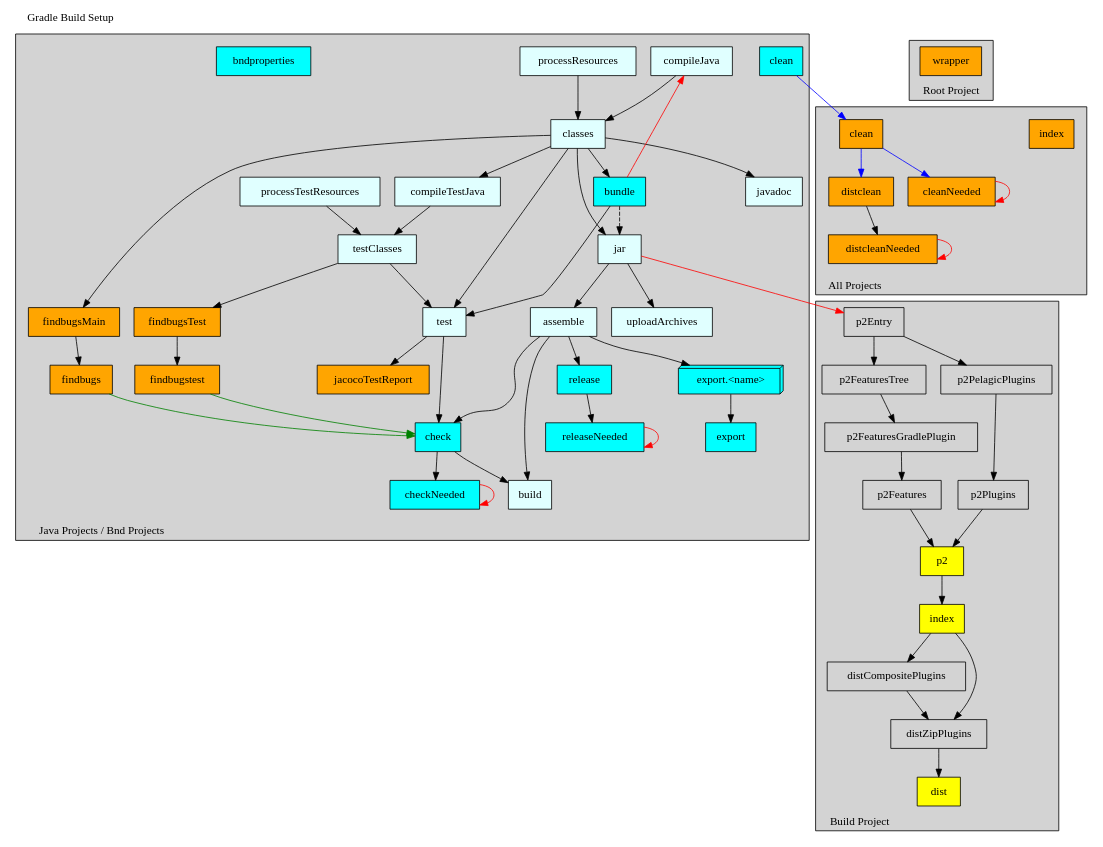
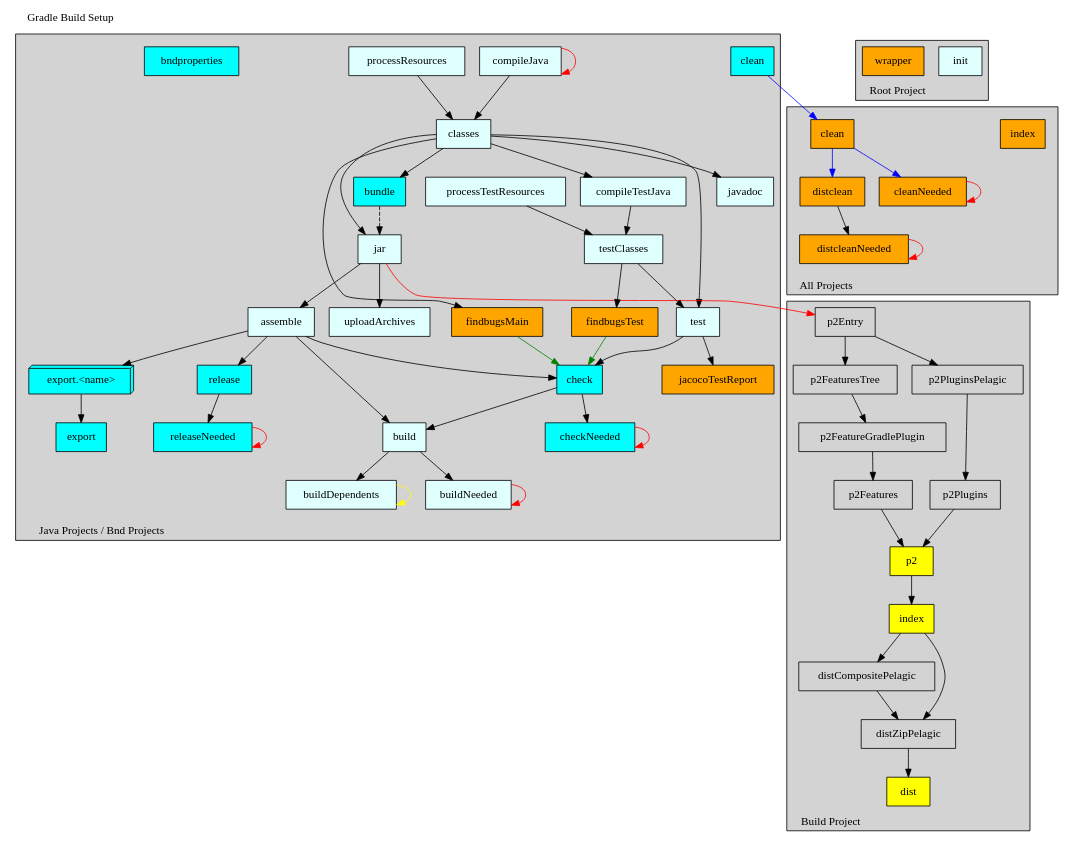
The diagram in cnf/gradle/doc/pelagic.dot (paulvi/bndtoolsPlugins), drawn with Graphviz before and after one commit. The commit also changed 5 other files, not shown here.

```diff
--- a/cnf/gradle/doc/pelagic.dot
+++ b/cnf/gradle/doc/pelagic.dot
@@ -20,74 +20,90 @@
     fillcolor=lightgrey;
     color=black;
 
-    subgraph cluster11 {
+    subgraph cluster101 {
       label="";
       style=invis;
       compileJava          [shape=box, style=filled, fillcolor=lightcyan, label="compileJava"         ]
       processResources     [shape=box, style=filled, fillcolor=lightcyan, label="processResources"    ]
       classes              [shape=box, style=filled, fillcolor=lightcyan, label="classes"             ]
+    }
+
+    subgraph cluster102 {
+      label="";
+      style=invis;
       jar                  [shape=box, style=filled, fillcolor=lightcyan, label="jar"                 ]
       bundle               [shape=box, style=filled, fillcolor=cyan     , label="bundle"              ]
     }
 
-    subgraph cluster12 {
+    subgraph cluster103 {
       label="";
       style=invis;
       compileTestJava      [shape=box, style=filled, fillcolor=lightcyan, label="compileTestJava"     ]
       processTestResources [shape=box, style=filled, fillcolor=lightcyan, label="processTestResources"]
       testClasses          [shape=box, style=filled, fillcolor=lightcyan, label="testClasses"         ]
-      test                 [shape=box, style=filled, fillcolor=lightcyan, label="test"                ]
-      jacocoTestReport     [shape=box, style=filled, fillcolor=orange   , label="jacocoTestReport"    ]
     }
 
-    subgraph cluster13 {
+    subgraph cluster104 {
+      label="";
+      style=invis;
+      test                 [shape=box, style=filled, fillcolor=lightcyan, label="test"                ]
+    }
+
+    subgraph cluster105 {
       label="";
       style=invis;
       uploadArchives       [shape=box, style=filled, fillcolor=lightcyan, label="uploadArchives"      ]
       assemble             [shape=box, style=filled, fillcolor=lightcyan, label="assemble"            ]
     }
 
-    subgraph cluster14 {
+    subgraph cluster106 {
       label="";
       style=invis;
       check                [shape=box, style=filled, fillcolor=cyan     , label="check"               ]
       checkNeeded          [shape=box, style=filled, fillcolor=cyan     , label="checkNeeded"         ]
     }
 
-    subgraph cluster15 {
+    subgraph cluster107 {
       label="";
       style=invis;
       release              [shape=box, style=filled, fillcolor=cyan     , label="release"             ]
       releaseNeeded        [shape=box, style=filled, fillcolor=cyan     , label="releaseNeeded"       ]
     }
 
-    subgraph cluster16 {
+    subgraph cluster108 {
       label="";
       style=invis;
       exportX              [shape=box3d, style=filled, fillcolor=cyan   , label="export.<name>"       ]
       export               [shape=box  , style=filled, fillcolor=cyan   , label="export"              ]
     }
 
-    subgraph cluster17 {
+    subgraph cluster109 {
       label="";
       style=invis;
-      findbugs             [shape=box, style=filled, fillcolor=orange   , label="findbugs"            ]
-      findbugsMain         [shape=box, style=filled, fillcolor=orange   , label="findbugsMain"        ]
-      findbugstest         [shape=box, style=filled, fillcolor=orange   , label="findbugstest"        ]
-      findbugsTest         [shape=box, style=filled, fillcolor=orange   , label="findbugsTest"        ]
+      build                [shape=box, style=filled, fillcolor=lightcyan, label="build"               ]
+      buildDependents      [shape=box, style=filled, fillcolor=lightcyan, label="buildDependents"     ]
+      buildNeeded          [shape=box, style=filled, fillcolor=lightcyan, label="buildNeeded"         ]
     }
 
-    build                  [shape=box, style=filled, fillcolor=lightcyan, label="build"               ]
+    subgraph cluster110 {
+      label="";
+      style=invis;
+    }
+
     javadoc                [shape=box, style=filled, fillcolor=lightcyan, label="javadoc"             ]
+
     clean                  [shape=box, style=filled, fillcolor=cyan     , label="clean"               ]
     bndproperties          [shape=box, style=filled, fillcolor=cyan     , label="bndproperties"       ]
+    jacocoTestReport       [shape=box, style=filled, fillcolor=orange   , label="jacocoTestReport"    ]
+    findbugsMain           [shape=box, style=filled, fillcolor=orange   , label="findbugsMain"        ]
+    findbugsTest           [shape=box, style=filled, fillcolor=orange   , label="findbugsTest"        ]
 
     compileJava            -> classes
     processResources       -> classes
     classes                -> javadoc
-    classes                -> test
     classes                -> compileTestJava
     classes                -> jar
+    classes                -> test
     compileTestJava        -> testClasses
     processTestResources   -> testClasses
     jar                    -> uploadArchives
@@ -99,11 +115,14 @@
     check                  -> checkNeeded
     checkNeeded            -> checkNeeded        [color=red   ]
     check                  -> build
+    build                  -> buildDependents
+    buildDependents        -> buildDependents    [color=yellow]
+    build                  -> buildNeeded
+    buildNeeded            -> buildNeeded        [color=red   ]
 
     classes                -> bundle
-    bundle                 -> compileJava        [color=red   ]
     bundle                 -> jar                [style=dashed]
-    bundle                 -> test
+    compileJava            -> compileJava        [color=red   ]
     assemble               -> release
     assemble               -> exportX
     exportX                -> export
@@ -112,10 +131,8 @@
 
     classes                -> findbugsMain
     testClasses            -> findbugsTest
-    findbugsMain           -> findbugs
-    findbugsTest           -> findbugstest
-    findbugs               -> check              [color=green ]
-    findbugstest           -> check              [color=green ]
+    findbugsMain           -> check              [color=green ]
+    findbugsTest           -> check              [color=green ]
     test                   -> jacocoTestReport
   }
 
@@ -128,11 +145,12 @@
     fillcolor=lightgrey;
     color=black;
 
+    init                   [shape=box, style=filled, fillcolor=lightcyan, label="init"                ]
     wrapper                [shape=box, style=filled, fillcolor=orange   , label="wrapper"             ]
   }
 
 
- subgraph cluster3 {
+  subgraph cluster3 {
     label="All Projects";
     labelloc=b
     labeljust=l
@@ -140,13 +158,13 @@
     fillcolor=lightgrey;
     color=black;
 
-    subgraph cluster31 {
+    subgraph cluster301 {
       label="";
       style=invis;
       index                [shape=box, style=filled, fillcolor=orange   , label="index"               ]
     }
 
-    subgraph cluster32 {
+    subgraph cluster302 {
       label="";
       style=invis;
       cleanAll             [shape=box, style=filled, fillcolor=orange   , label="clean"               ]
@@ -175,37 +193,37 @@
     p2Entry                [shape=box, style=filled , fillcolor=none     , label="p2Entry"               ]
 
     p2FeaturesTree         [shape=box, style=filled, fillcolor=none      , label="p2FeaturesTree"        ]
-    p2FeaturesGradlePlugin [shape=box, style=filled, fillcolor=none      , label="p2FeaturesGradlePlugin"]
+    p2FeatureGradlePlugin  [shape=box, style=filled, fillcolor=none      , label="p2FeatureGradlePlugin" ]
     p2Features             [shape=box, style=filled, fillcolor=none      , label="p2Features"            ]
 
-    p2PelagicPlugins       [shape=box, style=filled, fillcolor=none      , label="p2PelagicPlugins"      ]
+    p2PluginsPelagic       [shape=box, style=filled, fillcolor=none      , label="p2PluginsPelagic"      ]
     p2Plugins              [shape=box, style=filled, fillcolor=none      , label="p2Plugins"             ]
 
     p2                     [shape=box, style=filled, fillcolor=yellow    , label="p2"                    ]
 
     indexBuild             [shape=box, style=filled, fillcolor=yellow    , label="index"                 ]
 
-    distCompositePlugins   [shape=box, style=filled, fillcolor=none      , label="distCompositePlugins"  ]
-    distZipPlugins         [shape=box, style=filled, fillcolor=none      , label="distZipPlugins"        ]
+    distCompositePelagic   [shape=box, style=filled, fillcolor=none      , label="distCompositePelagic"  ]
+    distZipPelagic         [shape=box, style=filled, fillcolor=none      , label="distZipPelagic"        ]
     dist                   [shape=box, style=filled, fillcolor=yellow    , label="dist"                  ]
 
     jar                    -> p2Entry            [color=red   ]
 
     p2Entry                -> p2FeaturesTree
-    p2FeaturesTree         -> p2FeaturesGradlePlugin
-    p2FeaturesGradlePlugin -> p2Features
+    p2FeaturesTree         -> p2FeatureGradlePlugin
+    p2FeatureGradlePlugin  -> p2Features
 
-    p2Entry                -> p2PelagicPlugins
-    p2PelagicPlugins       -> p2Plugins
+    p2Entry                -> p2PluginsPelagic
+    p2PluginsPelagic       -> p2Plugins
 
     p2Features             -> p2
     p2Plugins              -> p2
 
     p2                     -> indexBuild
 
-    indexBuild             -> distCompositePlugins
-    indexBuild             -> distZipPlugins
-    distCompositePlugins   -> distZipPlugins
-    distZipPlugins         -> dist
+    indexBuild             -> distCompositePelagic
+    indexBuild             -> distZipPelagic
+    distCompositePelagic   -> distZipPelagic
+    distZipPelagic         -> dist
   }
 }
```
